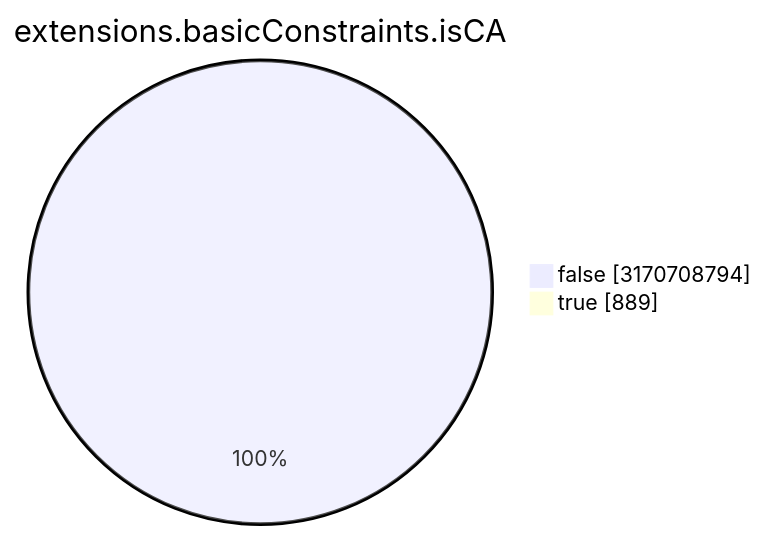
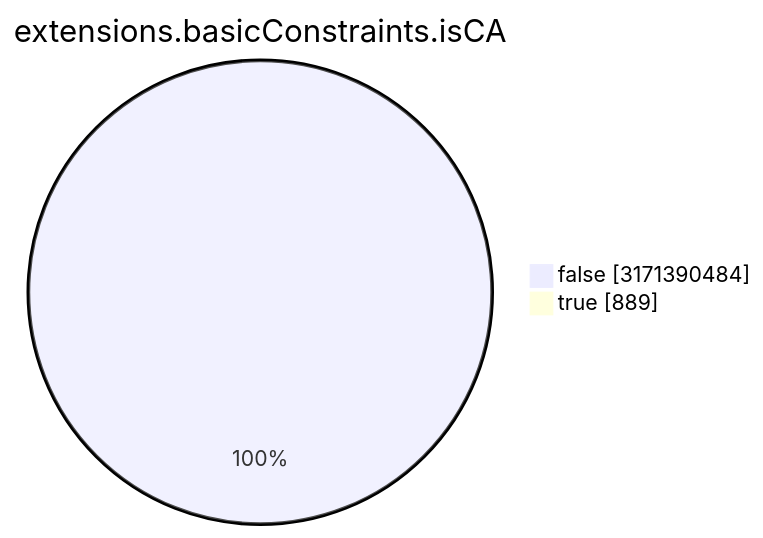
One commit to christiankrug/ctmonitor_visualization changed the seventh of 15 diagrams in TOTAL/README.md. Above: the diagram before and after it, drawn with Mermaid. The commit also changed other lines of this file, not shown here.

````diff
--- a/TOTAL/README.md
+++ b/TOTAL/README.md
@@ -3088,6 +3088,6 @@
 ```mermaid
 pie showData
 title extensions.basicConstraints.isCA
-"false" :3170708794
+"false" :3171390484
 "true" :889
 ```
````
